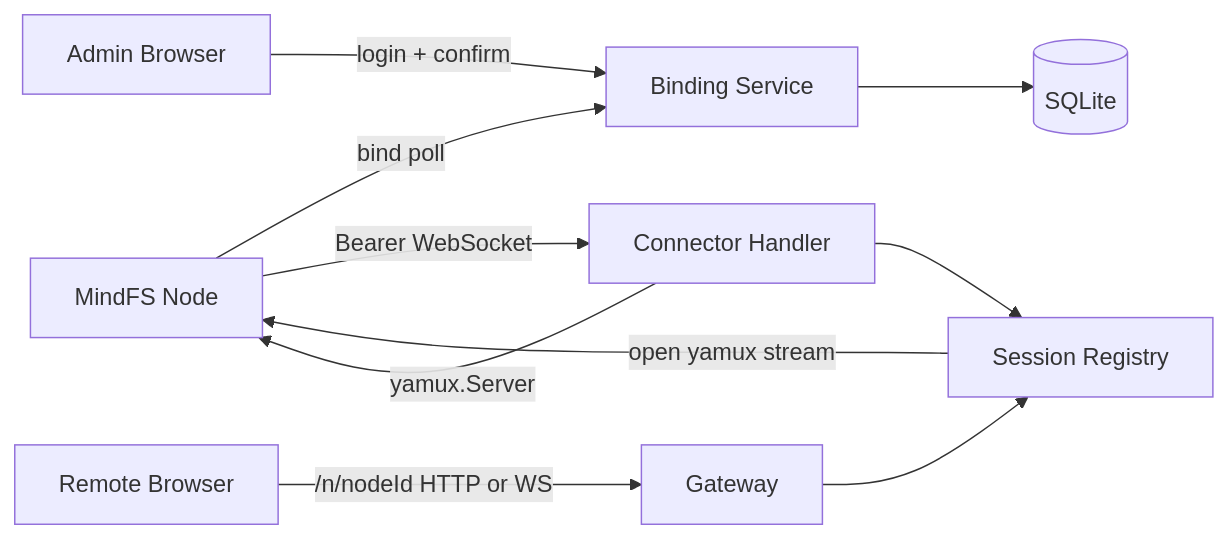
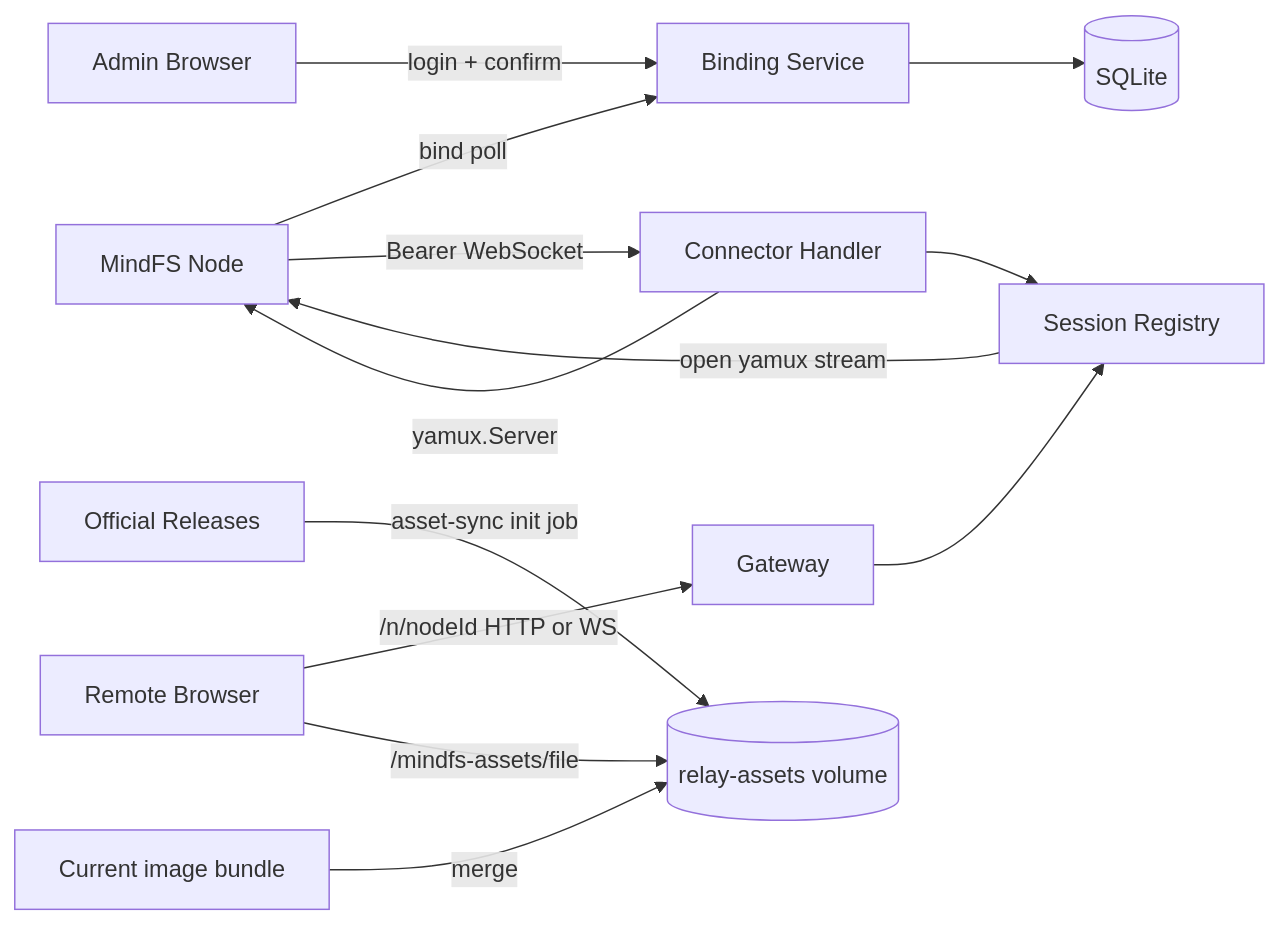
Before and after one commit to zhuxian89/mindfs: the diagram in .codestable/architecture/cloud-relay-core.md, drawn with Mermaid. The commit also changed other lines of this file and 23 other files, not shown here.

Commit message:
fix(cloud): preserve multi-release relay assets

````diff
--- a/.codestable/architecture/cloud-relay-core.md
+++ b/.codestable/architecture/cloud-relay-core.md
@@ -36,12 +37,15 @@
 ```mermaid
 flowchart LR
     Node[MindFS Node] -->|bind poll| Binding[Binding Service]
     Admin[Admin Browser] -->|login + confirm| Binding
     Binding --> SQLite[(SQLite)]
     Node -->|Bearer WebSocket| Connector[Connector Handler]
     Connector --> Registry[Session Registry]
     Connector -->|yamux.Server| Node
     Remote[Remote Browser] -->|/n/nodeId HTTP or WS| Gateway[Gateway]
     Gateway --> Registry
     Registry -->|open yamux stream| Node
+    GitHub[Official Releases] -->|asset-sync init job| Assets[(relay-assets volume)]
+    Current[Current image bundle] -->|merge| Assets
+    Remote -->|/mindfs-assets/file| Assets
 ```
````
